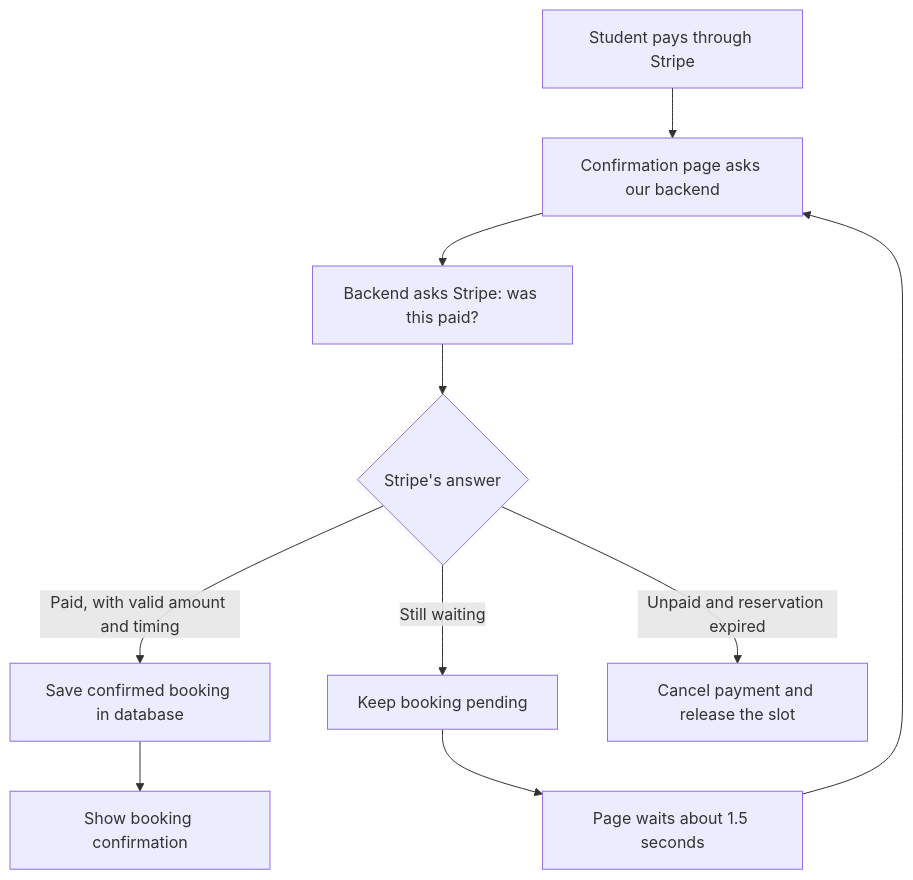
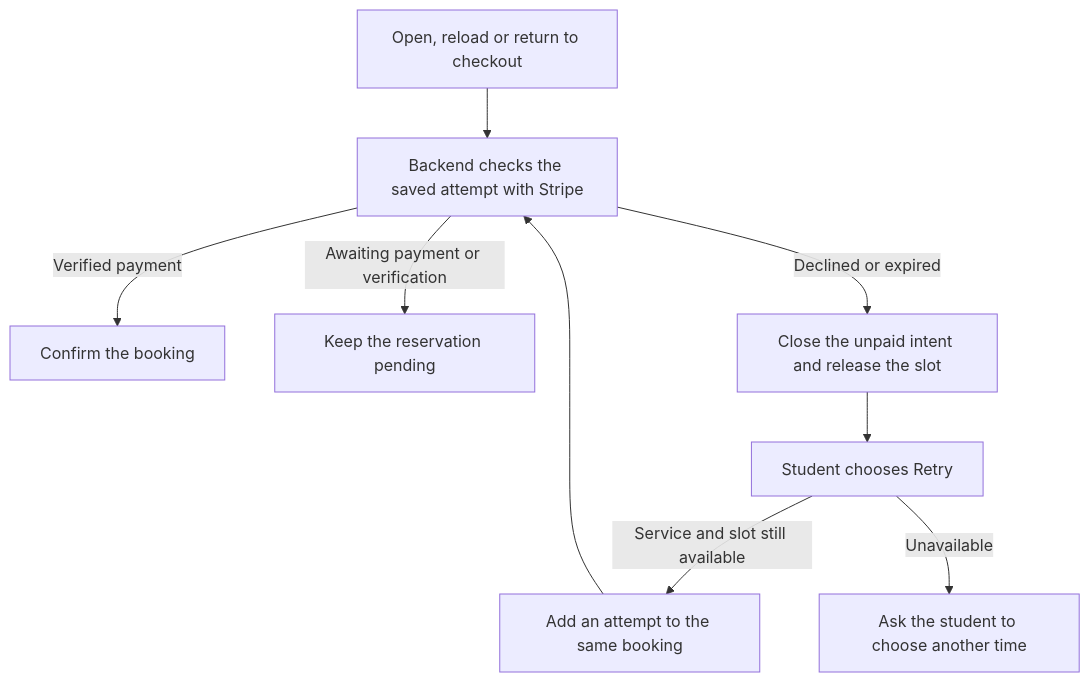
One commit to MESW-LES-2627/les-project-group-10 changed the diagram in docs/payments/stripe.md. Above: the diagram before and after it, drawn with Mermaid. The commit also changed other lines of this file and 15 other files, not shown here.

Commit message:
feat(bookings): resume checkout and retry test payments

````diff
--- a/docs/payments/stripe.md
+++ b/docs/payments/stripe.md
@@ -5,12 +5,11 @@
 ```mermaid
 flowchart TD
-    A["Student pays through Stripe"] --> B["Confirmation page asks our backend"]
-    B --> C["Backend asks Stripe: was this paid?"]
-    C --> D{"Stripe's answer"}
-    D -->|"Paid, with valid amount and timing"| E["Save confirmed booking in database"]
-    E --> F["Show booking confirmation"]
-    D -->|"Still waiting"| G["Keep booking pending"]
-    G --> H["Page waits about 1.5 seconds"]
-    H --> B
-    D -->|"Unpaid and reservation expired"| I["Cancel payment and release the slot"]
+    A["Open, reload or return to checkout"] --> B["Backend checks the saved attempt with Stripe"]
+    B -->|"Verified payment"| C["Confirm the booking"]
+    B -->|"Awaiting payment or verification"| D["Keep the reservation pending"]
+    B -->|"Declined or expired"| E["Close the unpaid intent and release the slot"]
+    E --> F["Student chooses Retry"]
+    F -->|"Service and slot still available"| G["Add an attempt to the same booking"]
+    F -->|"Unavailable"| H["Ask the student to choose another time"]
+    G --> B
 ```
````
